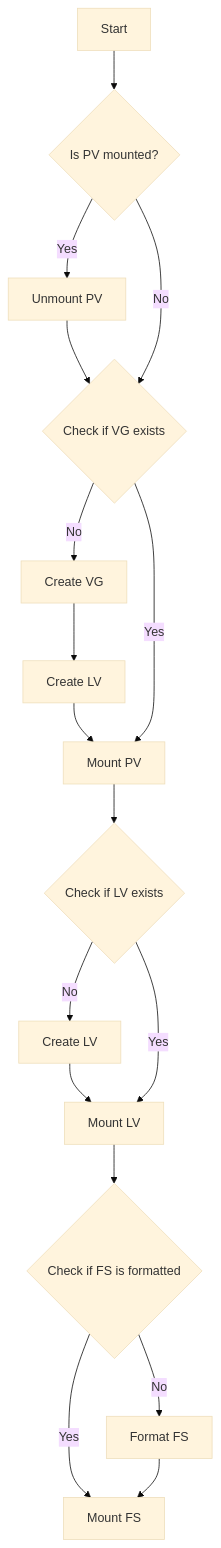
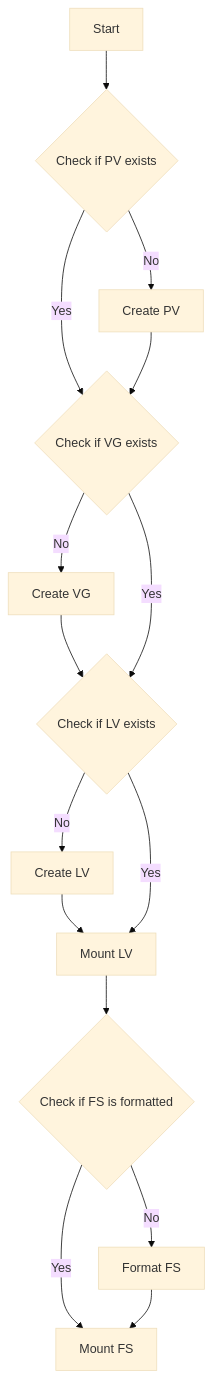
Before and after one commit to emmahone/LVM-Operator-overview: the second of 3 diagrams in README.md, drawn with Mermaid (base theme). The commit also changed other lines of this file, not shown here.

Commit message:
Update flowchart

````diff
--- a/README.md
+++ b/README.md
@@ -298,19 +279,17 @@
-  ```mermaid
+```mermaid
 graph TD
-  A[Start] --> B{Is PV mounted?}
-  B --> |Yes| K[Unmount PV]
+  A[Start] --> B{Check if PV exists}
+  B --> |Yes| D{Check if VG exists}
+  B --> |No| K[Create PV]
   K --> D{Check if VG exists}
-  B --> |No| D{Check if VG exists}
   D --> |No| L[Create VG]
-  L --> M[Create LV]
-  M --> E[Mount PV]
-  D --> |Yes| E[Mount PV]
-  E --> F{Check if LV exists}
+  L --> F{Check if LV exists}
+  D --> |Yes| F{Check if LV exists}
   F --> |No| N[Create LV]
   N --> G[Mount LV]
   F --> |Yes| G[Mount LV]
   G --> H{Check if FS is formatted}
   H --> |No| I[Format FS]
   H --> |Yes| J[Mount FS]
   I --> J
   ```
````
